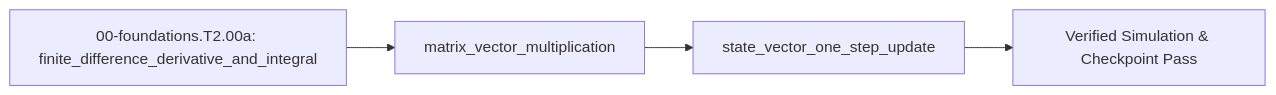
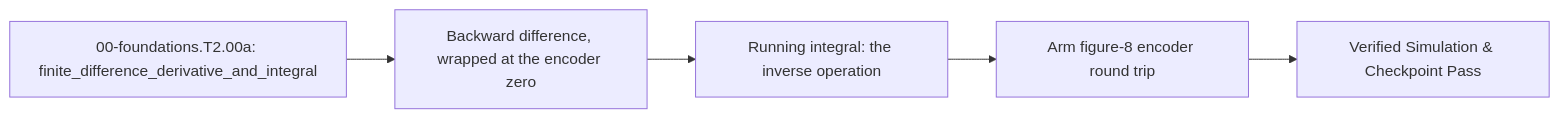
Before and after one commit to TLE47/Mechatronics-Roadmap: the diagram in modules/00-foundations.T2.00a.md, drawn with Mermaid. The commit also changed other lines of this file and 37 other files, not shown here.

````diff
--- a/modules/00-foundations.T2.00a.md
+++ b/modules/00-foundations.T2.00a.md
@@ -271,6 +234,7 @@
 ```mermaid
 flowchart LR
-    A["00-foundations.T2.00a: finite_difference_derivative_and_integral"] --> B["matrix_vector_multiplication"]
-    B --> C["state_vector_one_step_update"]
-    C --> D["Verified Simulation & Checkpoint Pass"]
+    A["00-foundations.T2.00a: finite_difference_derivative_and_integral"] --> B["Backward difference, wrapped at the encoder zero"]
+    B --> C["Running integral: the inverse operation"]
+    C --> D["Arm figure-8 encoder round trip"]
+    D --> E["Verified Simulation & Checkpoint Pass"]
 ```
````
